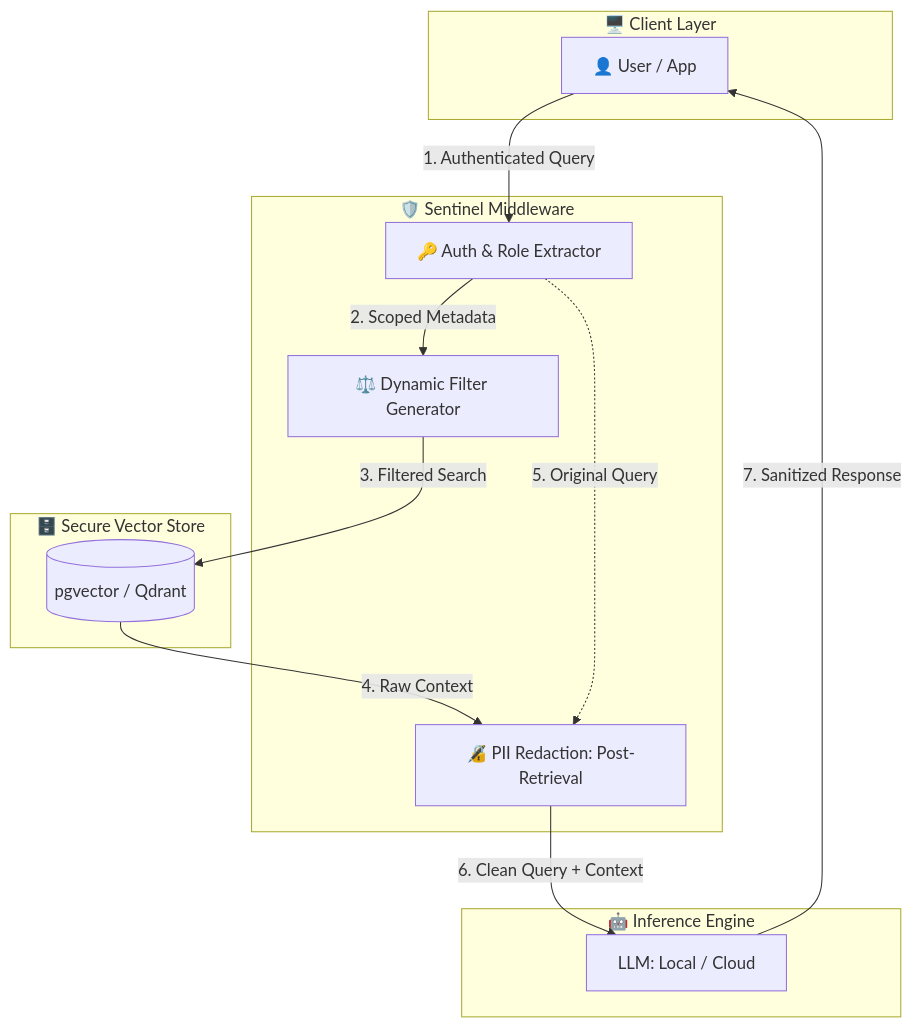
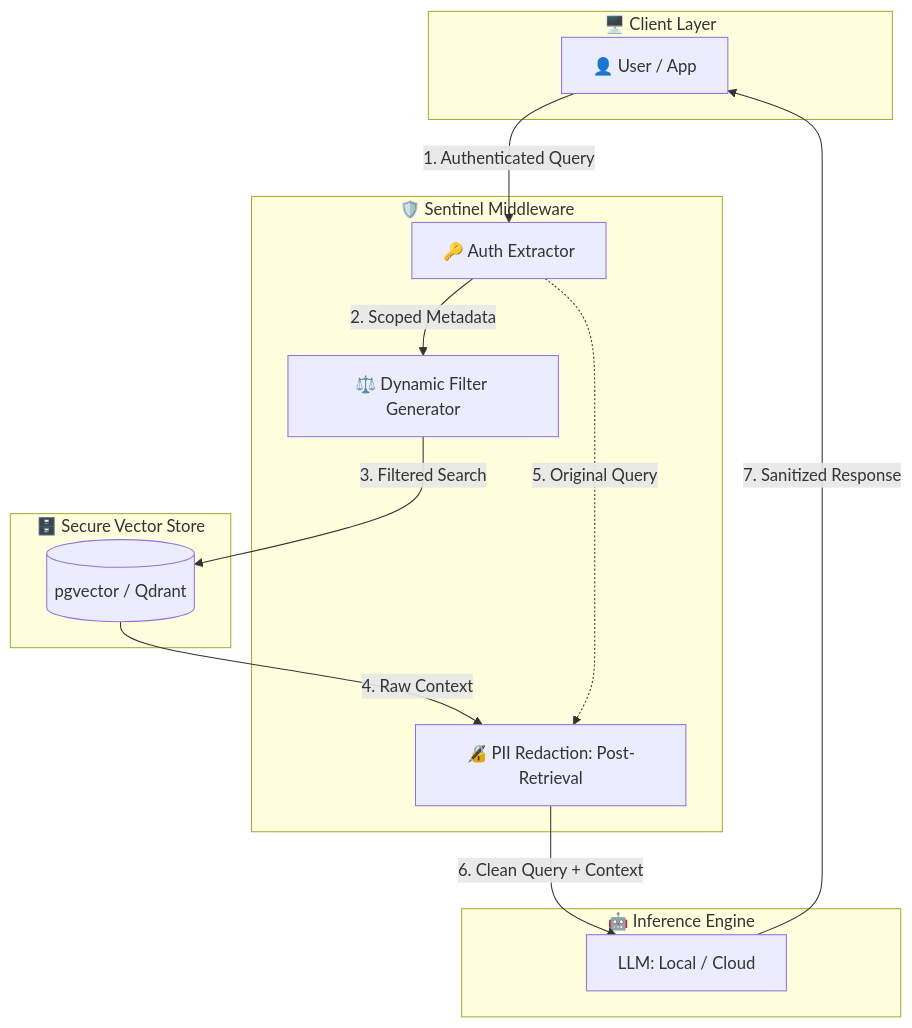
One commit to RajeshTechForge/sentinel-rag changed the diagram in README.md. Above: the diagram before and after it, drawn with Mermaid. The commit also changed other lines of this file, not shown here.

````diff
--- a/README.md
+++ b/README.md
@@ -62,30 +57,30 @@
 ```mermaid
 flowchart TD
     subgraph Client ["🖥️ Client Layer"]
         User[👤 User / App]
     end
 
     subgraph Security_Gate ["🛡️ Sentinel Middleware"]
-        Auth[🔑 Auth & Role Extractor]
+        Auth[🔑 Auth Extractor]
         RBAC_Filter[⚖️ Dynamic Filter Generator]
         PII_Proc[🔏 PII Redaction: Post-Retrieval]
     end
 
     subgraph Knowledge_Base ["🗄️ Secure Vector Store"]
         VDB[(pgvector / Qdrant)]
     end
 
     subgraph Intelligence ["🤖 Inference Engine"]
         LLM[LLM: Local / Cloud]
     end
 
     %% Flow logic
     User -->|1. Authenticated Query| Auth
     Auth -->|2. Scoped Metadata| RBAC_Filter
     RBAC_Filter -->|3. Filtered Search| VDB
     VDB -->|4. Raw Context| PII_Proc
     Auth -.->|5. Original Query| PII_Proc
     PII_Proc -->|6. Clean Query + Context| LLM
     LLM -->|7. Sanitized Response| User
 
 ```
````
